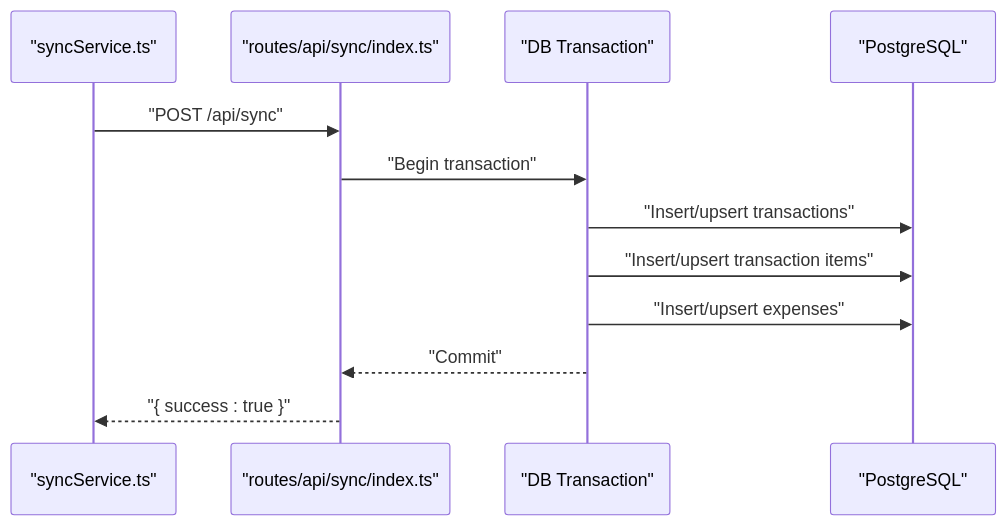
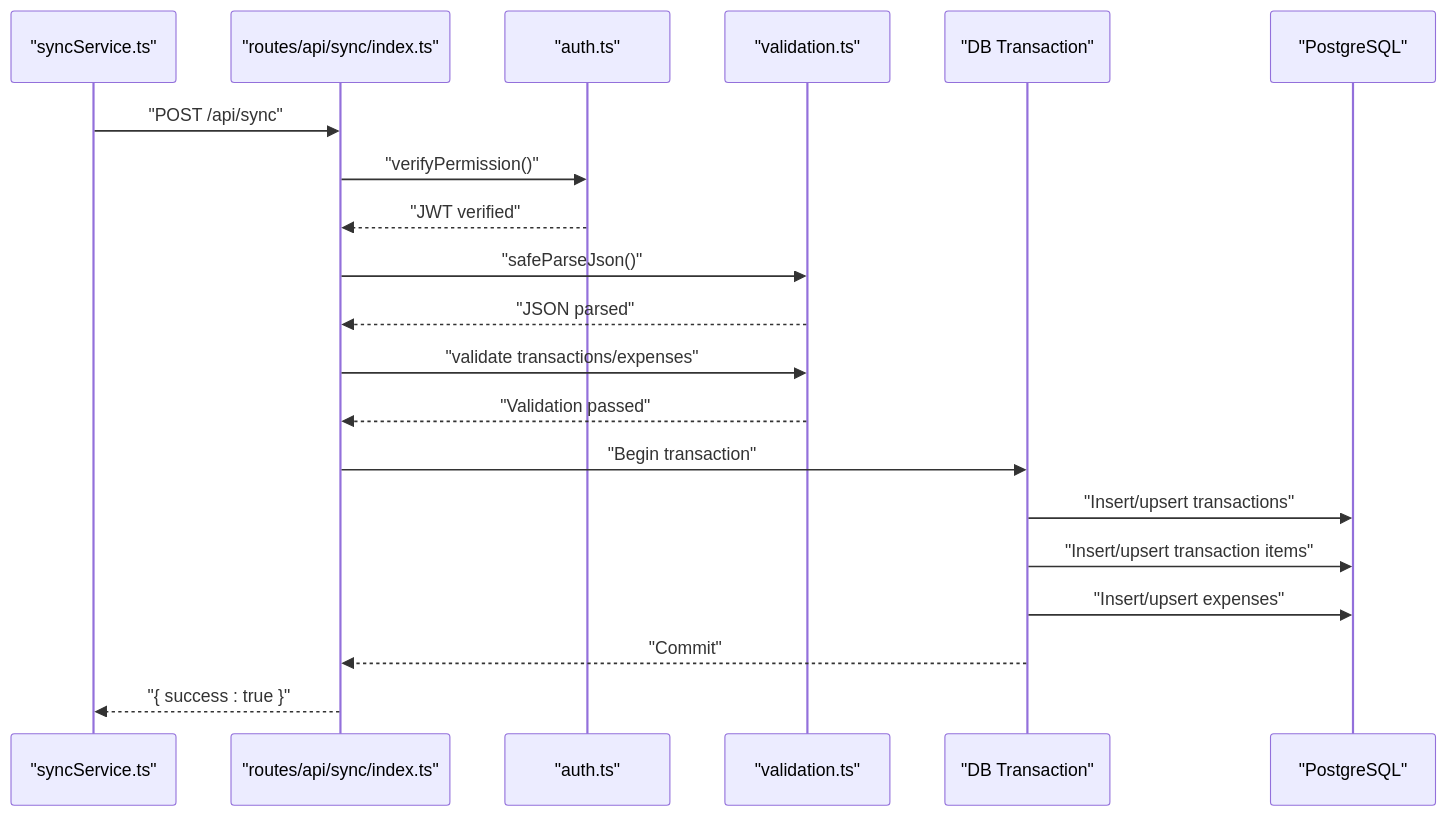
Before and after one commit to riod94/ngepos: the fifth of 7 diagrams in .qoder/repowiki/en/content/Utility Libraries/Synchronization Service.md, drawn with Mermaid. The commit also changed other lines of this file and 51 other files, not shown here.

````diff
--- a/.qoder/repowiki/en/content/Utility Libraries/Synchronization Service.md
+++ b/.qoder/repowiki/en/content/Utility Libraries/Synchronization Service.md
@@ -192,14 +266,22 @@
 ```mermaid
 sequenceDiagram
 participant S as "syncService.ts"
 participant API as "routes/api/sync/index.ts"
+participant AUTH as "auth.ts"
+participant VALID as "validation.ts"
 participant TX as "DB Transaction"
 participant PG as "PostgreSQL"
 S->>API : "POST /api/sync"
+API->>AUTH : "verifyPermission()"
+AUTH-->>API : "JWT verified"
+API->>VALID : "safeParseJson()"
+VALID-->>API : "JSON parsed"
+API->>VALID : "validate transactions/expenses"
+VALID-->>API : "Validation passed"
 API->>TX : "Begin transaction"
 TX->>PG : "Insert/upsert transactions"
 TX->>PG : "Insert/upsert transaction items"
 TX->>PG : "Insert/upsert expenses"
 TX-->>API : "Commit"
 API-->>S : "{ success : true }"
 ```
````
